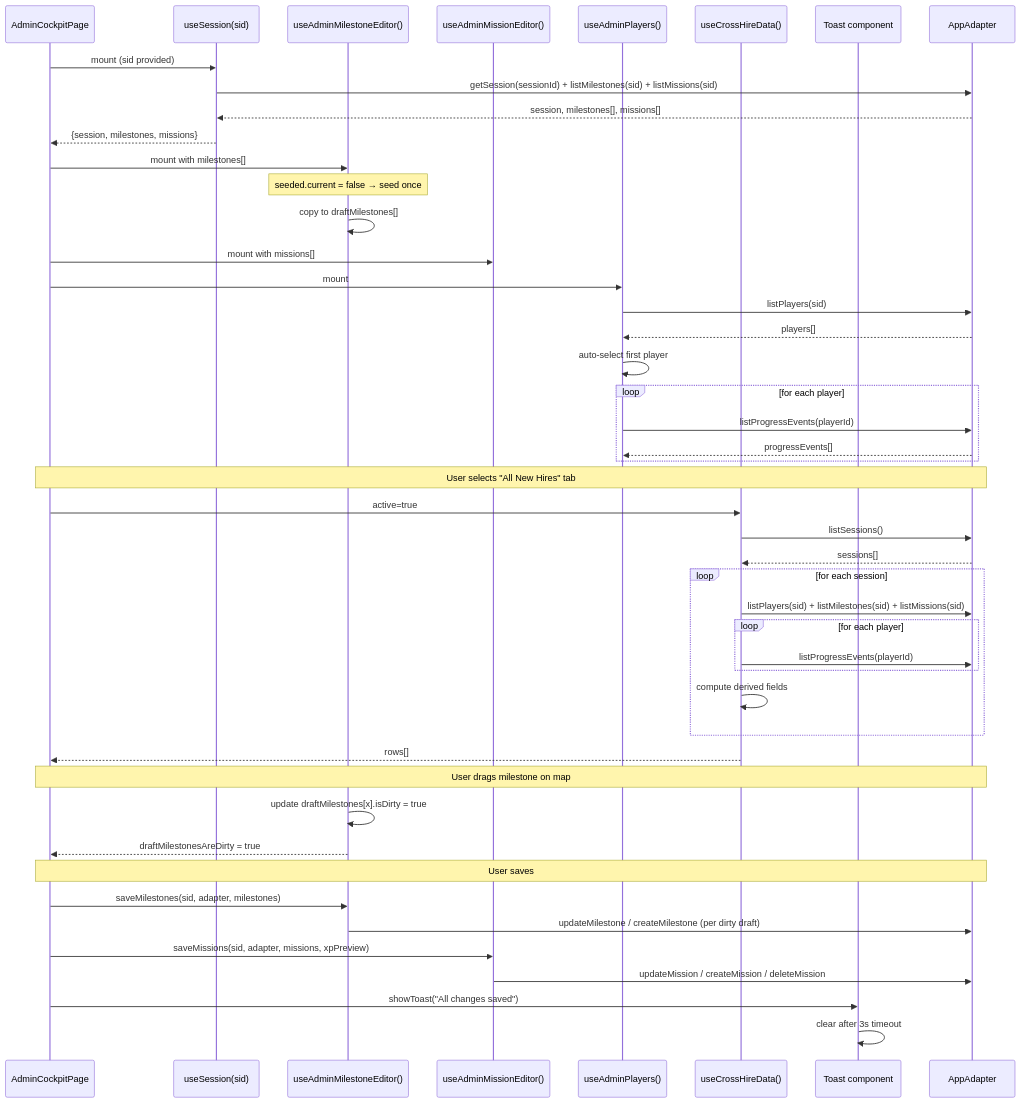
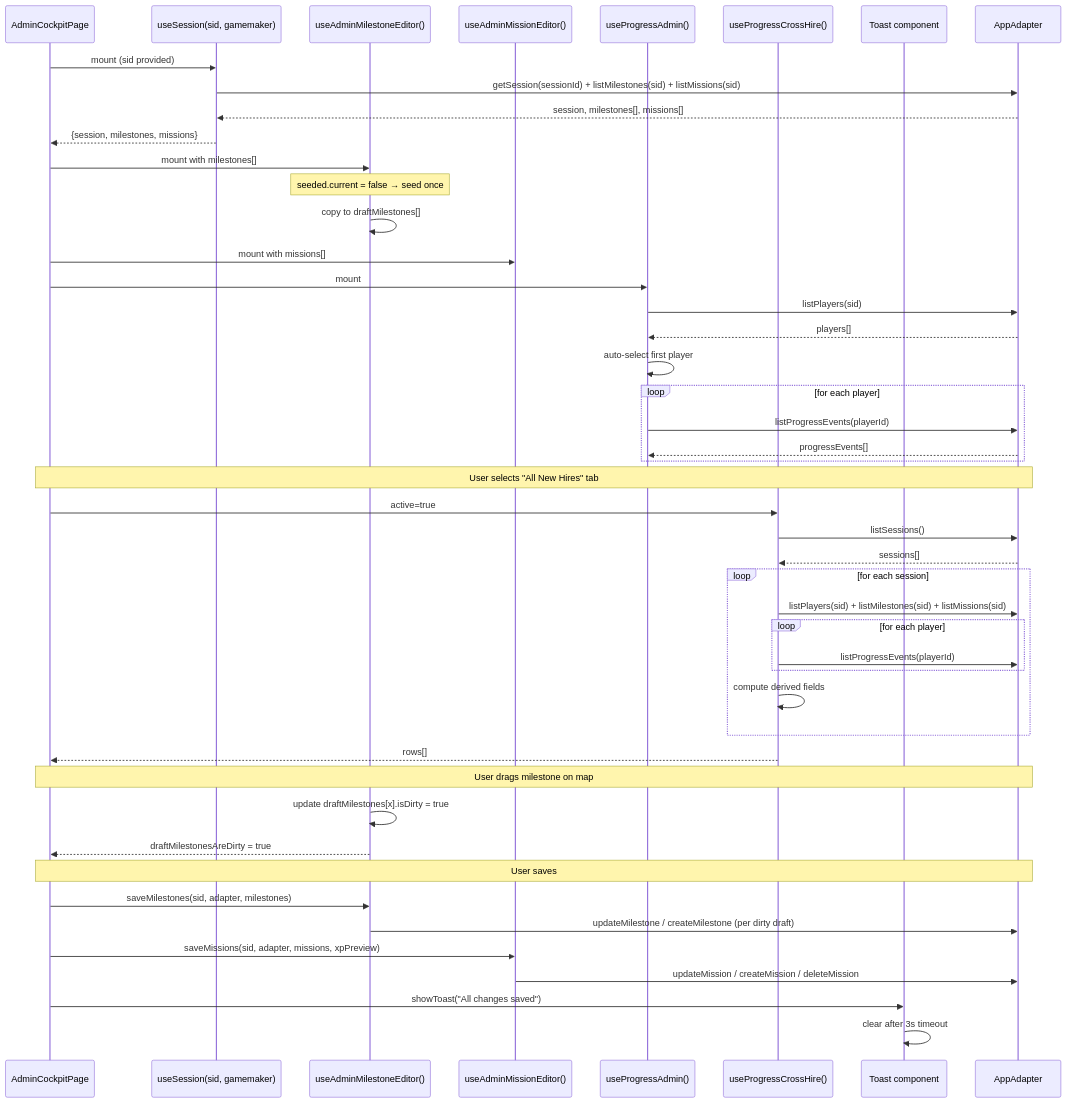
The fifth of 8 diagrams in docs/admin-view-data.md (hoonsubin/messe-buddy-app), drawn with Mermaid before and after one commit. The commit also changed other lines of this file and 43 other files, not shown here.

````diff
--- a/docs/admin-view-data.md
+++ b/docs/admin-view-data.md
@@ -608,60 +630,60 @@
 ```mermaid
 sequenceDiagram
     participant Page as AdminCockpitPage
-    participant Session as useSession(sid)
+    participant Session as useSession(sid, gamemaker)
     participant Milestones as useAdminMilestoneEditor()
     participant Missions as useAdminMissionEditor()
-    participant Players as useAdminPlayers()
-    participant CrossHire as useCrossHireData()
+    participant Players as useProgressAdmin()
+    participant CrossHire as useProgressCrossHire()
     participant Toast as Toast component
     participant Adapter as AppAdapter
     
     Page->>Session: mount (sid provided)
     Session->>Adapter: getSession(sessionId) + listMilestones(sid) + listMissions(sid)
     Adapter-->>Session: session, milestones[], missions[]
     Session-->>Page: {session, milestones, missions}
     
     Page->>Milestones: mount with milestones[]
     Note over Milestones: seeded.current = false → seed once
     Milestones->>Milestones: copy to draftMilestones[]
     
     Page->>Missions: mount with missions[]
     
     Page->>Players: mount
     Players->>Adapter: listPlayers(sid)
     Adapter-->>Players: players[]
     Players->>Players: auto-select first player
     
     loop for each player
         Players->>Adapter: listProgressEvents(playerId)
         Adapter-->>Players: progressEvents[]
     end
     
     Note over Page,Adapter: User selects "All New Hires" tab
     Page->>CrossHire: active=true
     CrossHire->>Adapter: listSessions()
     Adapter-->>CrossHire: sessions[]
     
     loop for each session
         CrossHire->>Adapter: listPlayers(sid) + listMilestones(sid) + listMissions(sid)
         loop for each player
             CrossHire->>Adapter: listProgressEvents(playerId)
         end
         CrossHire->>CrossHire: compute derived fields
     end
     CrossHire-->>Page: rows[]
     
     Note over Page,Adapter: User drags milestone on map
     Milestones->>Milestones: update draftMilestones[x].isDirty = true
     Milestones-->>Page: draftMilestonesAreDirty = true
     
     Note over Page,Adapter: User saves
     Page->>Milestones: saveMilestones(sid, adapter, milestones)
     Milestones->>Adapter: updateMilestone / createMilestone (per dirty draft)
     
     Page->>Missions: saveMissions(sid, adapter, missions, xpPreview)
     Missions->>Adapter: updateMission / createMission / deleteMission
     
     Page->>Toast: showToast("All changes saved")
     Toast->>Toast: clear after 3s timeout
 ```
````
